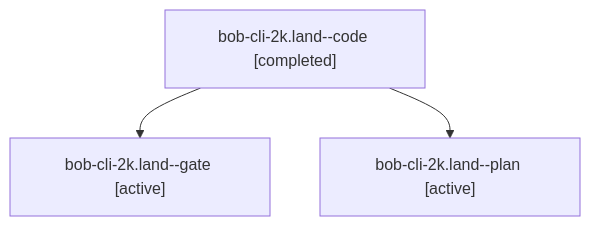
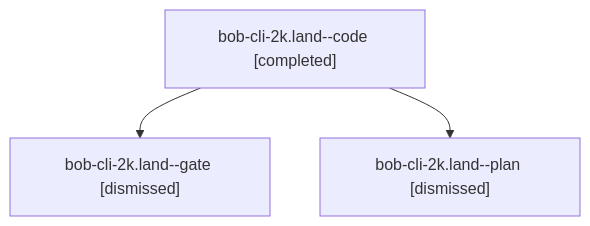
The diagram in sessions/bbugyi200.apollo.bob-cli-2k.land.md (bobs-org/bob-cli--agents), drawn with Mermaid before and after one commit. The commit also changed other lines of this file and 149 other files, not shown here.

````diff
--- a/sessions/bbugyi200.apollo.bob-cli-2k.land.md
+++ b/sessions/bbugyi200.apollo.bob-cli-2k.land.md
@@ -9,8 +9,8 @@
 ```mermaid
 flowchart TD
   n0["bob-cli-2k.land--code [completed]"]
-  n1["bob-cli-2k.land--gate [active]"]
+  n1["bob-cli-2k.land--gate [dismissed]"]
   n0 --> n1
-  n2["bob-cli-2k.land--plan [active]"]
+  n2["bob-cli-2k.land--plan [dismissed]"]
   n0 --> n2
 ```
````
